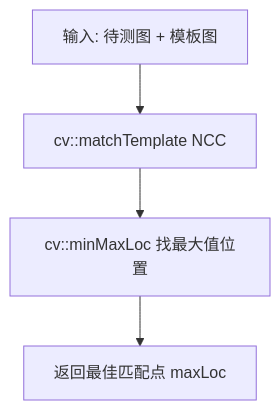
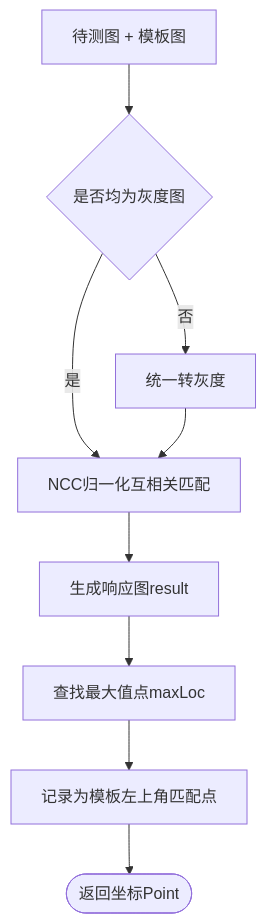
The eighth of 11 diagrams in docs/期末大作业报告.md (ggsmida1/CV_Project), drawn with Mermaid before and after one commit. The commit also changed other lines of this file, not shown here.

````diff
--- a/docs/期末大作业报告.md
+++ b/docs/期末大作业报告.md
@@ -240,6 +470,11 @@
 ```mermaid
 graph TD
-    A[输入: 待测图 + 模板图] --> B[cv::matchTemplate NCC]
-    B --> C[cv::minMaxLoc 找最大值位置]
-    C --> D[返回最佳匹配点 maxLoc]
+    A[待测图 + 模板图] --> B{是否均为灰度图}
+    B -- 否 --> C[统一转灰度]
+    B -- 是 --> D[NCC归一化互相关匹配]
+    C --> D
+    D --> E[生成响应图result]
+    E --> F[查找最大值点maxLoc]
+    F --> G[记录为模板左上角匹配点]
+    G --> H([返回坐标Point])
 ```
````
